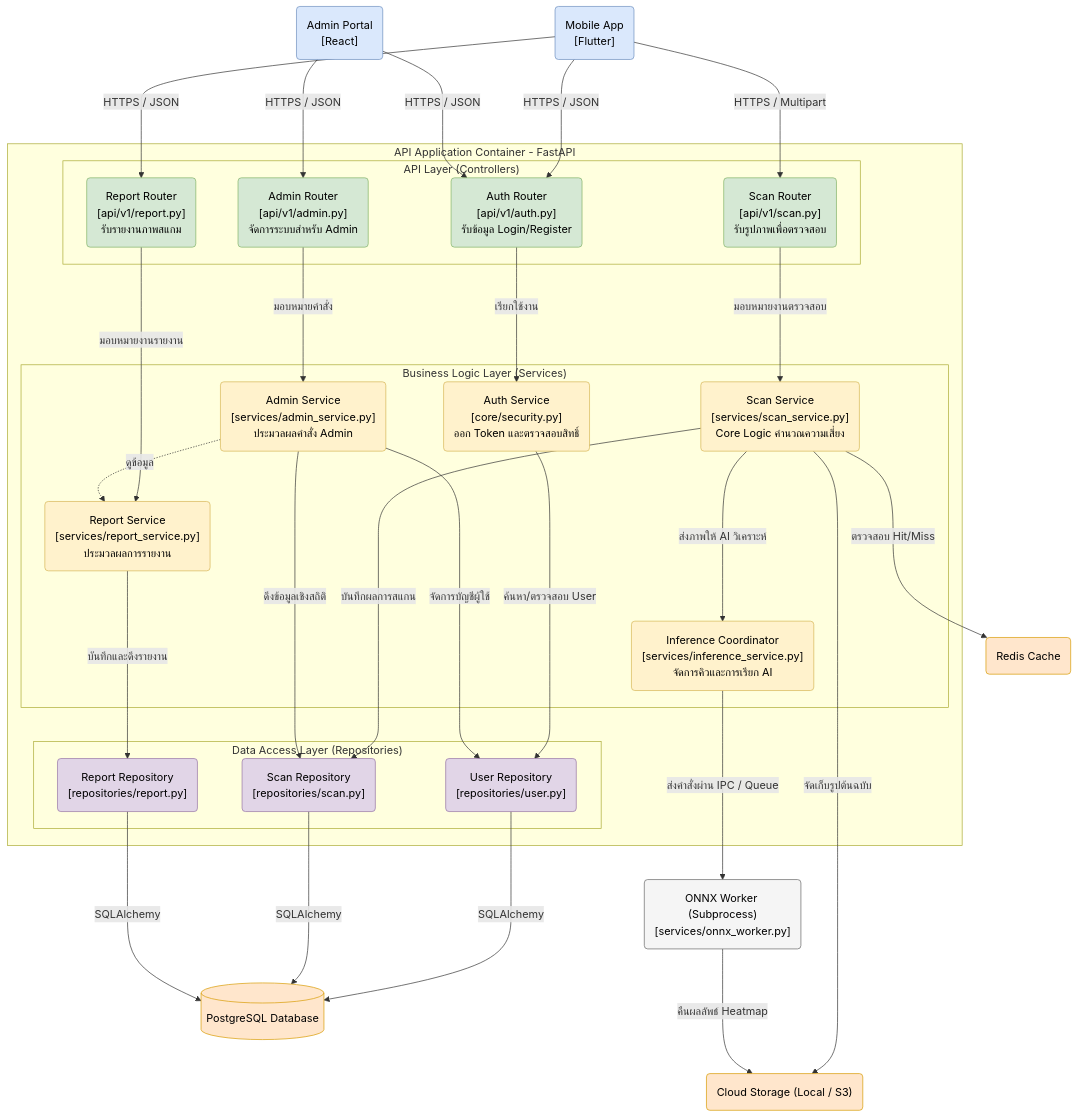
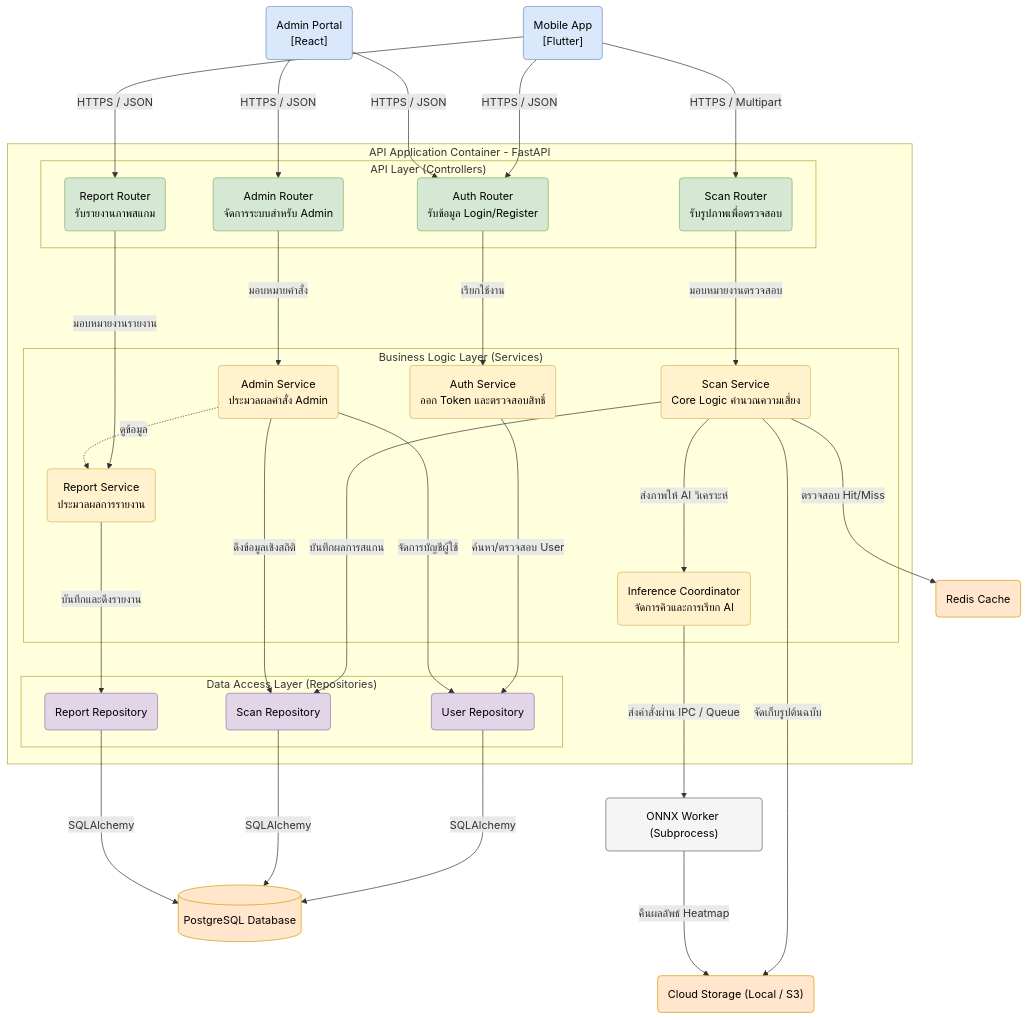
The diagram in Document/Software Architecture/C3-Component-Diagram.md (Panuwat-ta/project), drawn with Mermaid before and after one commit. The commit also changed other lines of this file and 83 other files, not shown here.

```diff
--- a/Document/Software Architecture/C3-Component-Diagram.md
+++ b/Document/Software Architecture/C3-Component-Diagram.md
@@ -27,26 +27,26 @@
         
         %% API Layer
         subgraph APILayer ["API Layer (Controllers)"]
-            AuthRouter("Auth Router<br>[api/v1/auth.py]<br>รับข้อมูล Login/Register")
-            AdminRouter("Admin Router<br>[api/v1/admin.py]<br>จัดการระบบสำหรับ Admin")
-            ScanRouter("Scan Router<br>[api/v1/scan.py]<br>รับรูปภาพเพื่อตรวจสอบ")
-            ReportRouter("Report Router<br>[api/v1/report.py]<br>รับรายงานภาพสแกม")
+            AuthRouter("Auth Router<br>รับข้อมูล Login/Register")
+            AdminRouter("Admin Router<br>จัดการระบบสำหรับ Admin")
+            ScanRouter("Scan Router<br>รับรูปภาพเพื่อตรวจสอบ")
+            ReportRouter("Report Router<br>รับรายงานภาพสแกม")
         end
 
         %% Business Logic Layer
         subgraph ServiceLayer ["Business Logic Layer (Services)"]
-            AuthService("Auth Service<br>[core/security.py]<br>ออก Token และตรวจสอบสิทธิ์")
-            AdminService("Admin Service<br>[services/admin_service.py]<br>ประมวลผลคำสั่ง Admin")
-            ScanService("Scan Service<br>[services/scan_service.py]<br>Core Logic คำนวณความเสี่ยง")
-            InferenceClient("Inference Coordinator<br>[services/inference_service.py]<br>จัดการคิวและการเรียก AI")
-            ReportService("Report Service<br>[services/report_service.py]<br>ประมวลผลการรายงาน")
+            AuthService("Auth Service<br>ออก Token และตรวจสอบสิทธิ์")
+            AdminService("Admin Service<br>ประมวลผลคำสั่ง Admin")
+            ScanService("Scan Service<br>Core Logic คำนวณความเสี่ยง")
+            InferenceClient("Inference Coordinator<br>จัดการคิวและการเรียก AI")
+            ReportService("Report Service<br>ประมวลผลการรายงาน")
         end
 
         %% Data Access Layer
         subgraph RepoLayer ["Data Access Layer (Repositories)"]
-            UserRepo("User Repository<br>[repositories/user.py]")
-            ScanRepo("Scan Repository<br>[repositories/scan.py]")
-            ReportRepo("Report Repository<br>[repositories/report.py]")
+            UserRepo("User Repository")
+            ScanRepo("Scan Repository")
+            ReportRepo("Report Repository")
         end
     end
 
@@ -54,7 +54,7 @@
     Cache("Redis Cache")
     MainDB[("PostgreSQL Database")]
     ObjectStore("Cloud Storage (Local / S3)")
-    AIWorker("ONNX Worker (Subprocess)<br>[services/onnx_worker.py]")
+    AIWorker("ONNX Worker (Subprocess)")
 
     %% Relationships - External to API
     MobileApp --->|HTTPS / JSON| AuthRouter
```
